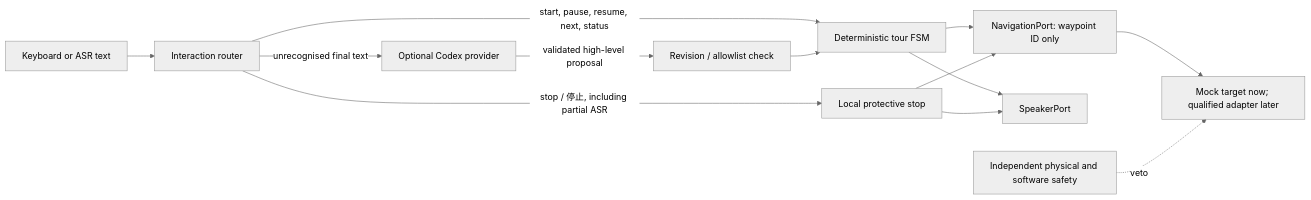
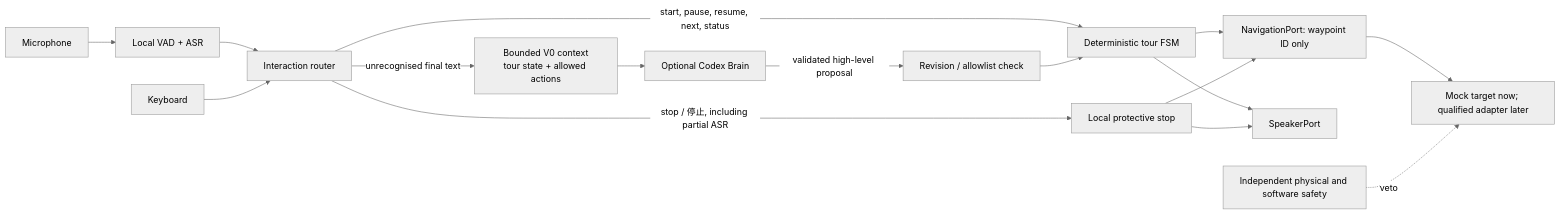
The diagram in docs/guides/voice-tour-v0.md (echengdee/longship), drawn with Mermaid (neutral theme) before and after one commit. The commit also changed other lines of this file and 9 other files, not shown here.

Commit message:
docs: make Codex the reference brain

````diff
--- a/docs/guides/voice-tour-v0.md
+++ b/docs/guides/voice-tour-v0.md
@@ -13,15 +13,18 @@
 ```mermaid
 flowchart LR
-    Input["Keyboard or ASR text"] --> Gateway["Interaction router"]
+    Mic["Microphone"] --> ASR["Local VAD + ASR"]
+    ASR --> Gateway["Interaction router"]
+    Keys["Keyboard"] --> Gateway
     Gateway -->|"stop / 停止, including partial ASR"| Stop["Local protective stop"]
     Gateway -->|"start, pause, resume, next, status"| FSM["Deterministic tour FSM"]
-    Gateway -->|"unrecognised final text"| Brain["Optional Codex provider"]
+    Gateway -->|"unrecognised final text"| Context["Bounded V0 context<br/>tour state + allowed actions"]
+    Context --> Brain["Optional Codex Brain"]
     Brain -->|"validated high-level proposal"| CAS["Revision / allowlist check"]
     CAS --> FSM
     FSM --> Nav["NavigationPort: waypoint ID only"]
     FSM --> TTS["SpeakerPort"]
     Nav --> Target["Mock target now; qualified adapter later"]
     Stop --> Nav
     Stop --> TTS
     Safety["Independent physical and software safety"] -. veto .-> Target
 ```
````
